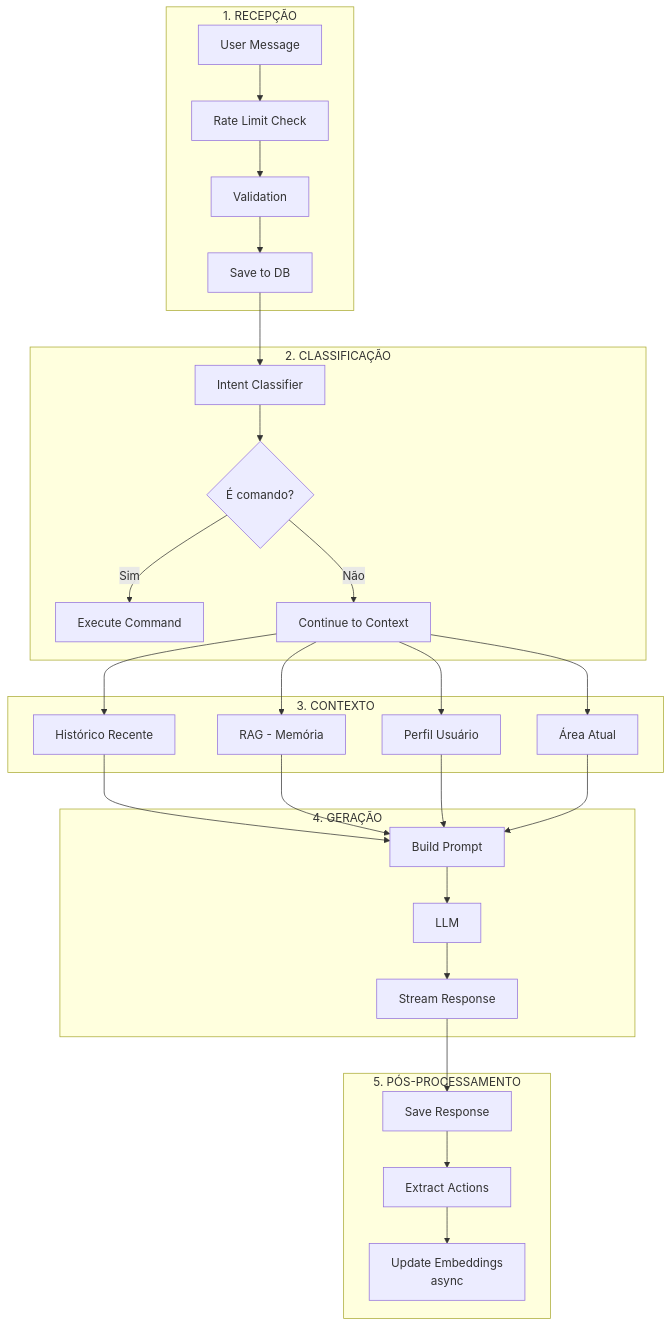
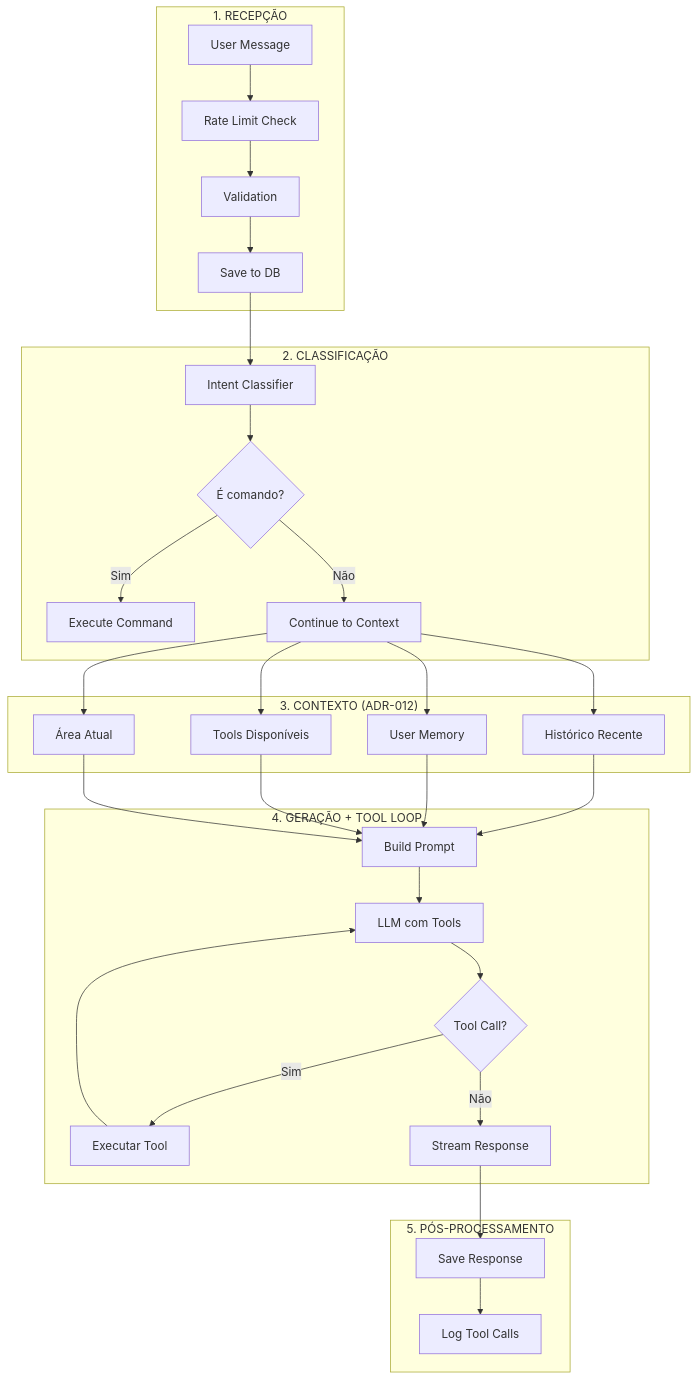
Before and after one commit to oeduardop1/life-assistant: the third of 5 diagrams in SYSTEM_SPECS.md, drawn with Mermaid. The commit also changed other lines of this file and 9 other files, not shown here.

First line of the commit message:
docs: migrate from RAG to Tool Use + Memory Consolidation (ADR-012)

````diff
--- a/SYSTEM_SPECS.md
+++ b/SYSTEM_SPECS.md
@@ -244,37 +244,39 @@
 ```mermaid
 flowchart TB
     subgraph Reception["1. RECEPÇÃO"]
         A[User Message] --> B[Rate Limit Check]
         B --> C[Validation]
         C --> D[Save to DB]
     end
 
     subgraph Classification["2. CLASSIFICAÇÃO"]
         D --> E[Intent Classifier]
         E --> F{É comando?}
         F -->|Sim| G[Execute Command]
         F -->|Não| H[Continue to Context]
     end
 
-    subgraph Context["3. CONTEXTO"]
+    subgraph Context["3. CONTEXTO (ADR-012)"]
         H --> I[Histórico Recente]
-        H --> J[RAG - Memória]
-        H --> K[Perfil Usuário]
+        H --> J[User Memory]
+        H --> K[Tools Disponíveis]
         H --> L[Área Atual]
     end
 
-    subgraph Generation["4. GERAÇÃO"]
+    subgraph Generation["4. GERAÇÃO + TOOL LOOP"]
         I --> M[Build Prompt]
         J --> M
         K --> M
         L --> M
-        M --> N[LLM]
-        N --> O[Stream Response]
+        M --> N[LLM com Tools]
+        N --> O{Tool Call?}
+        O -->|Sim| P[Executar Tool]
+        P --> N
+        O -->|Não| Q[Stream Response]
     end
 
     subgraph PostProcess["5. PÓS-PROCESSAMENTO"]
-        O --> P[Save Response]
-        P --> Q[Extract Actions]
-        Q --> R[Update Embeddings\nasync]
+        Q --> R[Save Response]
+        R --> S[Log Tool Calls]
     end
 ```
````
